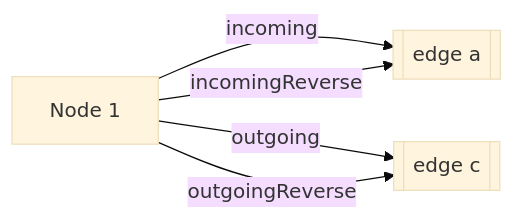
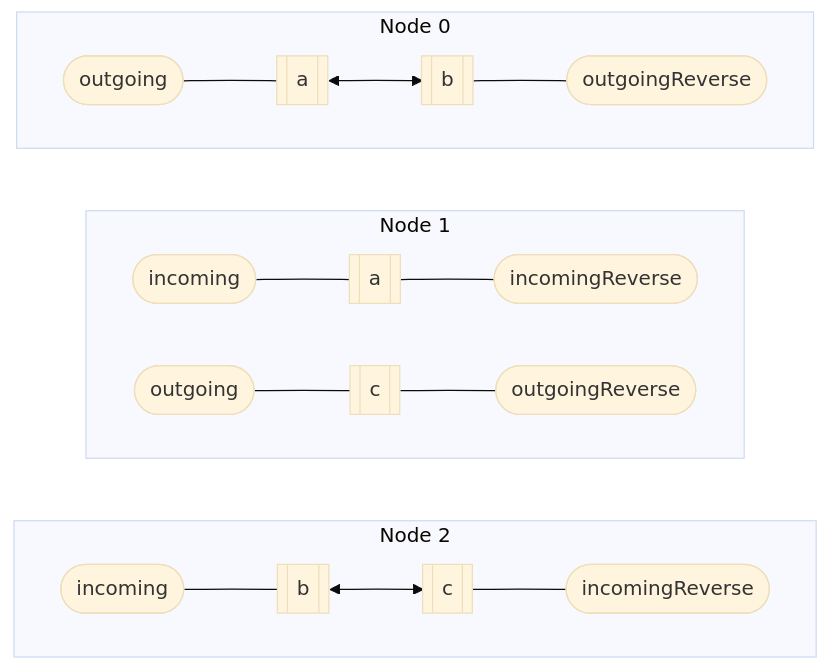
Before and after one commit to parcel-bundler/parcel: the second of 13 diagrams in docs/AdjacencyList.md, drawn with Mermaid (base theme). The commit also changed other lines of this file, not shown here.

````diff
--- a/docs/AdjacencyList.md
+++ b/docs/AdjacencyList.md
@@ -65,7 +59,18 @@
 ```mermaid
 graph LR
-  1[Node 1] -- incoming  --> a[[edge a]]
-  1[Node 1] -- incomingReverse   --> a[[edge a]]
-  1[Node 1] -- outgoing --> c[[edge c]]
-  1[Node 1] -- outgoingReverse  --> c[[edge c]]
+  subgraph 0[Node 0]
+    direction LR
+    0o([outgoing]) --- 0oa[[a]] <--> 0ob[[b]] --- 0or([outgoingReverse])
+  end
+
+  subgraph 1[Node 1]
+    direction LR
+    1i([incoming]) --- 1ia[[a]] --- 1ir([incomingReverse])
+    1o([outgoing]) --- 1oc[[c]] --- 1or([outgoingReverse])
+  end
+
+  subgraph 2[Node 2]
+    direction LR
+    2i([incoming]) --- 2ib[[b]] <--> 2ic[[c]] --- 2ir([incomingReverse])
+  end
 ```
````
